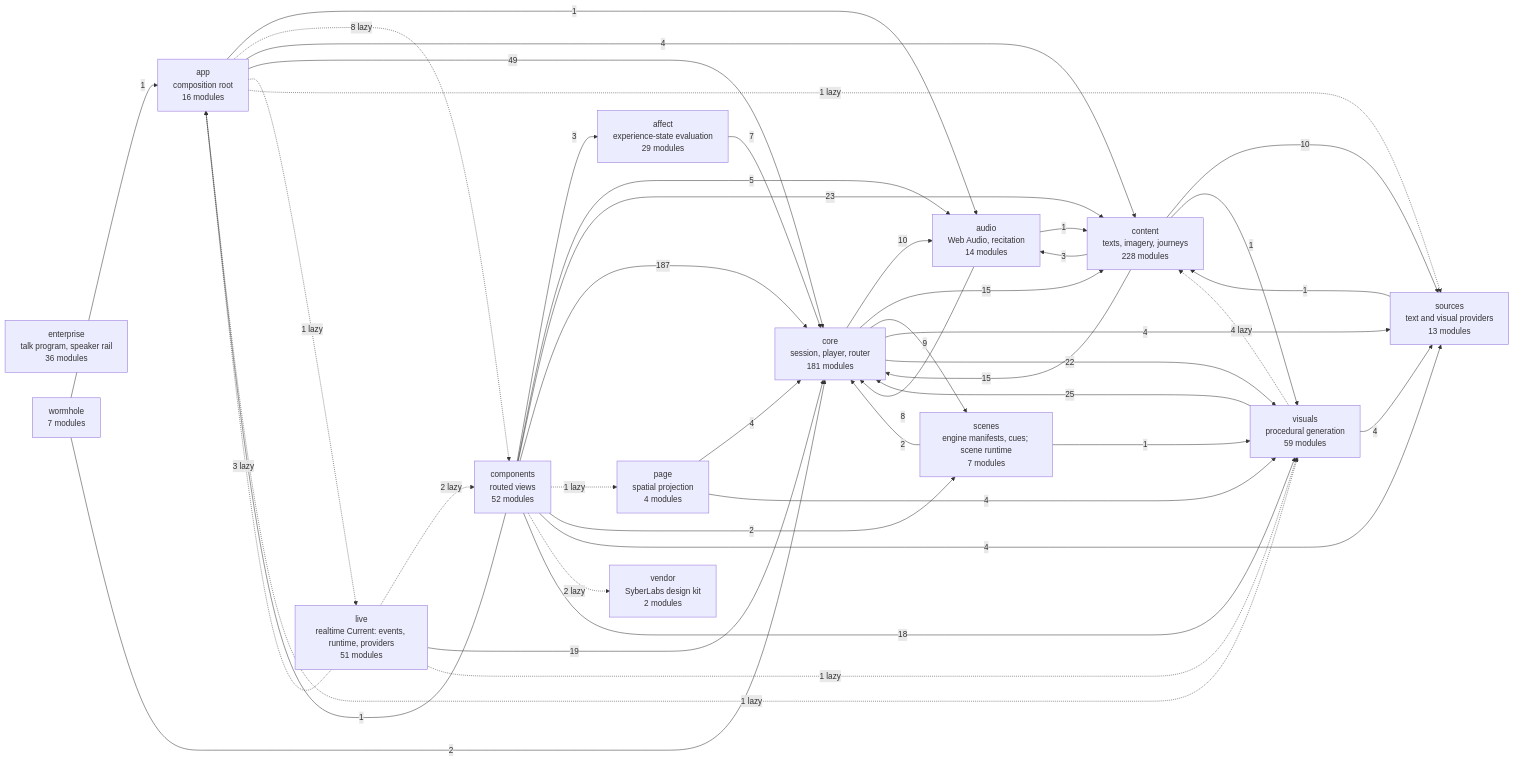
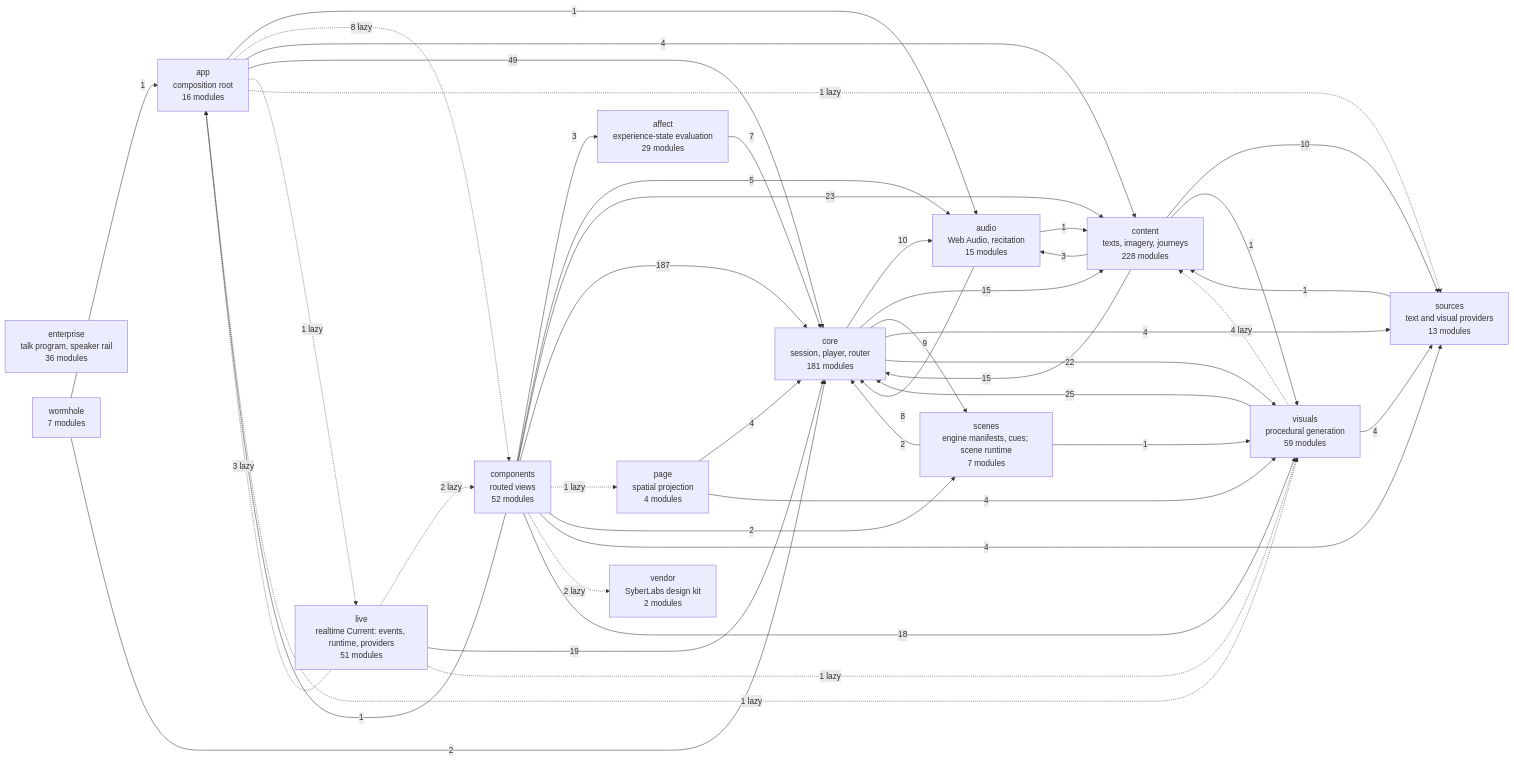
The diagram in docs/specs/ARCHITECTURE.md (SyberLabs/RISE), drawn with Mermaid before and after one commit.

Commit message:
Architecture diagram: regenerate for the Plus voice store

````diff
--- a/docs/specs/ARCHITECTURE.md
+++ b/docs/specs/ARCHITECTURE.md
@@ -156,61 +156,61 @@
 ```mermaid
 flowchart LR
     affect["affect<br/>experience-state evaluation<br/>29 modules"]
     app["app<br/>composition root<br/>16 modules"]
-    audio["audio<br/>Web Audio, recitation<br/>14 modules"]
+    audio["audio<br/>Web Audio, recitation<br/>15 modules"]
     components["components<br/>routed views<br/>52 modules"]
     content["content<br/>texts, imagery, journeys<br/>228 modules"]
     core["core<br/>session, player, router<br/>181 modules"]
     enterprise["enterprise<br/>talk program, speaker rail<br/>36 modules"]
     live["live<br/>realtime Current: events, runtime, providers<br/>51 modules"]
     page["page<br/>spatial projection<br/>4 modules"]
     scenes["scenes<br/>engine manifests, cues; scene runtime<br/>7 modules"]
     sources["sources<br/>text and visual providers<br/>13 modules"]
     vendor["vendor<br/>SyberLabs design kit<br/>2 modules"]
     visuals["visuals<br/>procedural generation<br/>59 modules"]
     wormhole["wormhole<br/>7 modules"]
 
     affect --> |7| core
     app --> |1| audio
     app -.-> |8 lazy| components
     app --> |4| content
     app --> |49| core
     app -.-> |1 lazy| live
     app -.-> |1 lazy| sources
     app -.-> |1 lazy| visuals
     audio --> |1| content
     audio --> |8| core
     components --> |3| affect
     components --> |1| app
     components --> |5| audio
     components --> |23| content
     components --> |187| core
     components -.-> |1 lazy| page
     components --> |2| scenes
     components --> |4| sources
     components -.-> |2 lazy| vendor
     components --> |18| visuals
     content --> |3| audio
     content --> |15| core
     content --> |10| sources
     content --> |1| visuals
     core --> |10| audio
     core --> |15| content
     core --> |9| scenes
     core --> |4| sources
     core --> |22| visuals
     live -.-> |3 lazy| app
     live -.-> |2 lazy| components
     live --> |19| core
     live -.-> |1 lazy| visuals
     page --> |4| core
     page --> |4| visuals
     scenes --> |2| core
     scenes --> |1| visuals
     sources --> |1| content
     visuals -.-> |4 lazy| content
     visuals --> |25| core
     visuals --> |4| sources
     wormhole --> |1| app
     wormhole --> |2| core
 ```
````
